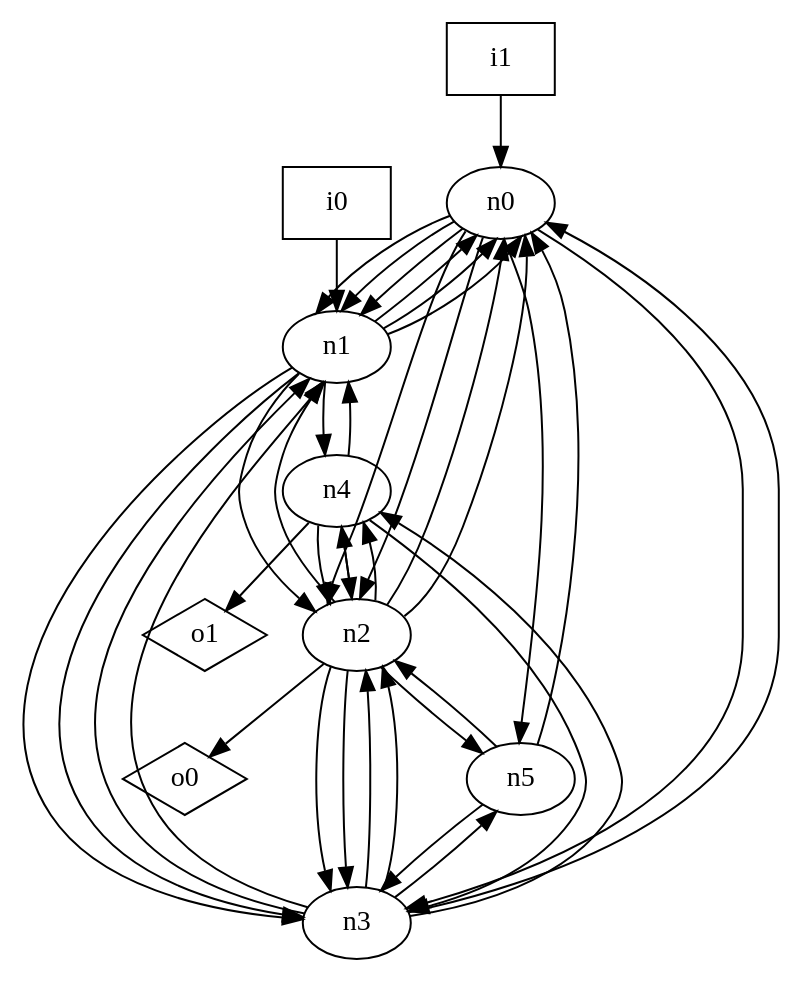
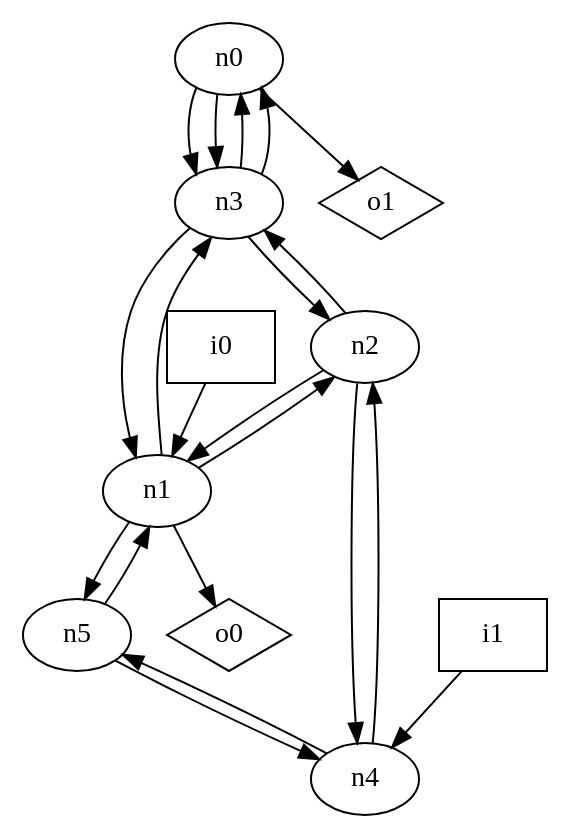
The diagram in dot_files/random/random_undirected_loop_free_graph.dot (p9romain/bool-circuits), drawn with Graphviz before and after one commit. The commit also changed 30 other files, not shown here.

```diff
--- a/dot_files/random/random_undirected_loop_free_graph.dot
+++ b/dot_files/random/random_undirected_loop_free_graph.dot
@@ -1,52 +1,32 @@
 digraph G {
 n0 [label="n0"];
 n1 [label="n1"];
 n2 [label="n2"];
 n3 [label="n3"];
 n4 [label="n4"];
 n5 [label="n5"];
 n6 [label="i0",shape="box"];
 n7 [label="i1",shape="box"];
 n8 [label="o0",shape="diamond"];
 n9 [label="o1",shape="diamond"];
-n0 -> n1
-n0 -> n1
-n0 -> n1
-n0 -> n2
-n0 -> n2
 n0 -> n3
-n0 -> n5
-n1 -> n0
-n1 -> n0
-n1 -> n0
+n0 -> n3
+n0 -> n9
 n1 -> n2
 n1 -> n3
-n1 -> n3
-n1 -> n4
-n2 -> n0
-n2 -> n0
+n1 -> n5
+n1 -> n8
 n2 -> n1
 n2 -> n3
-n2 -> n3
 n2 -> n4
-n2 -> n4
-n2 -> n5
-n2 -> n8
+n3 -> n0
 n3 -> n0
 n3 -> n1
-n3 -> n1
 n3 -> n2
-n3 -> n2
-n3 -> n4
-n3 -> n5
-n4 -> n1
 n4 -> n2
-n4 -> n2
-n4 -> n3
-n4 -> n9
-n5 -> n0
-n5 -> n2
-n5 -> n3
+n4 -> n5
+n5 -> n1
+n5 -> n4
 n6 -> n1
-n7 -> n0
+n7 -> n4
 }
```
